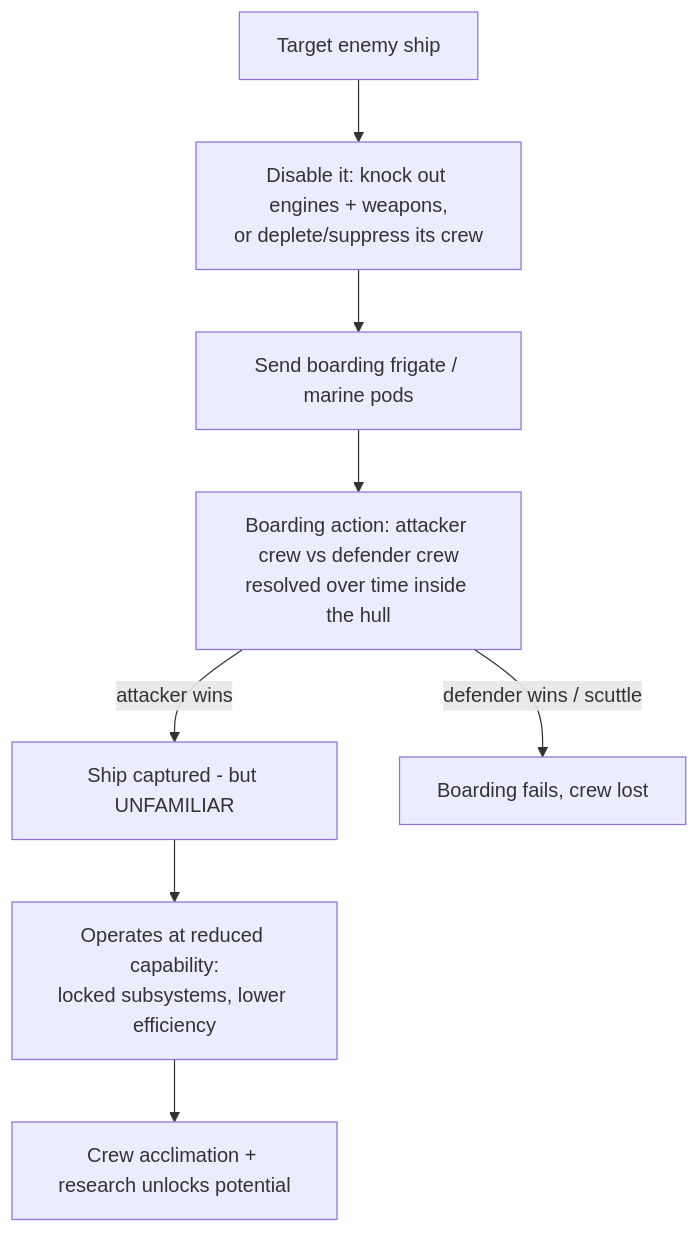
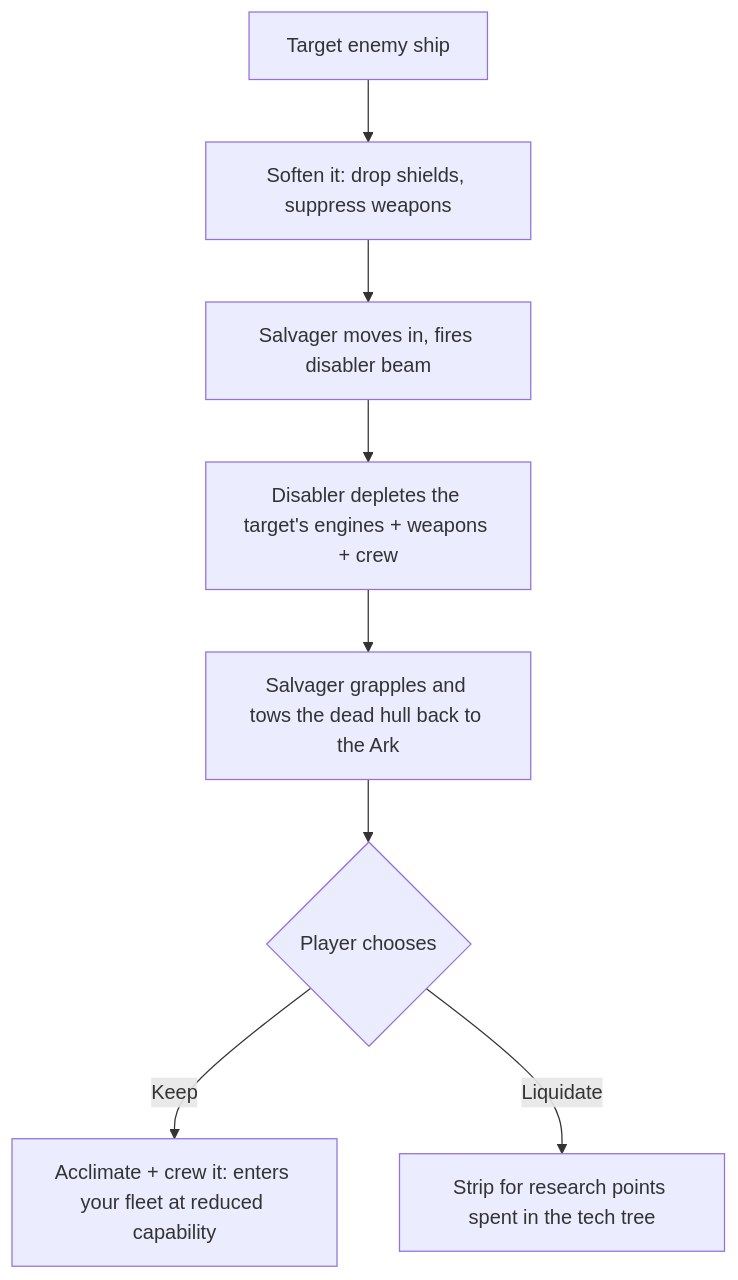
The second of 4 diagrams in design.md (RubenTipparach/sea-of-lost-souls), drawn with Mermaid before and after one commit. The commit also changed other lines of this file and 5 other files, not shown here.

````diff
--- a/design.md
+++ b/design.md
@@ -260,10 +271,10 @@
 ```mermaid
 flowchart TD
-    A[Target enemy ship] --> B[Disable it: knock out engines + weapons,<br/>or deplete/suppress its crew]
-    B --> C[Send boarding frigate / marine pods]
-    C --> D[Boarding action: attacker crew vs defender crew<br/>resolved over time inside the hull]
-    D -->|attacker wins| E[Ship captured - but UNFAMILIAR]
-    D -->|defender wins / scuttle| F[Boarding fails, crew lost]
-    E --> G[Operates at reduced capability:<br/>locked subsystems, lower efficiency]
-    G --> H[Crew acclimation + research unlocks potential]
+    A[Target enemy ship] --> B[Soften it: drop shields, suppress weapons]
+    B --> C[Salvager moves in, fires disabler beam]
+    C --> D[Disabler depletes the target's engines + weapons + crew]
+    D --> E[Salvager grapples and tows the dead hull back to the Ark]
+    E --> F{Player chooses}
+    F -->|Keep| G[Acclimate + crew it: enters your fleet at reduced capability]
+    F -->|Liquidate| H[Strip for research points spent in the tech tree]
 ```
````
